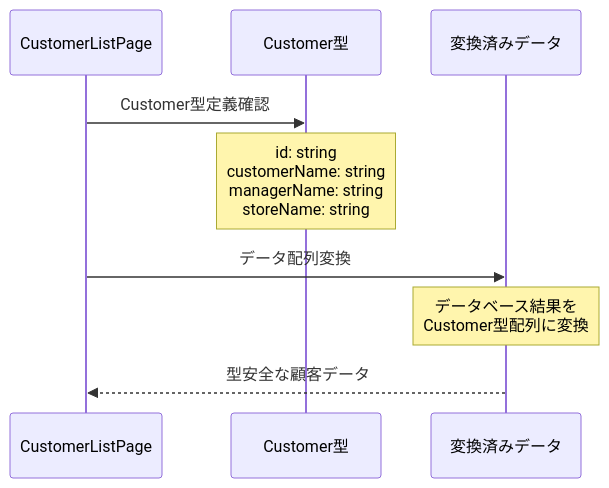
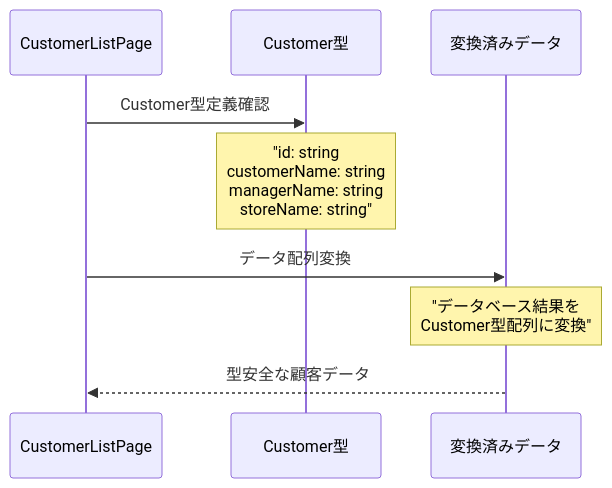
One commit to wasabi49/ocs-systemDevelopmentExercises changed the third of 8 diagrams in document/pages/sequence/CustomerList.md. Above: the diagram before and after it, drawn with Mermaid. The commit also changed other lines of this file and 42 other files, not shown here.

First line of the commit message:
fix: mermaidシーケンス図のNote over文でダブルクォーテーション不足を修正

````diff
--- a/document/pages/sequence/CustomerList.md
+++ b/document/pages/sequence/CustomerList.md
@@ -54,14 +54,14 @@
 ```mermaid
 sequenceDiagram
     participant Page as CustomerListPage
     participant TypeDef as Customer型
     participant ClientData as 変換済みデータ
 
     Page->>TypeDef: Customer型定義確認
-    Note over TypeDef: id: string<br/>customerName: string<br/>managerName: string<br/>storeName: string
+    Note over TypeDef: "id: string<br/>customerName: string<br/>managerName: string<br/>storeName: string"
     
     Page->>ClientData: データ配列変換
-    Note over ClientData: データベース結果を<br/>Customer型配列に変換
+    Note over ClientData: "データベース結果を<br/>Customer型配列に変換"
     
     ClientData-->>Page: 型安全な顧客データ
 ```
````
